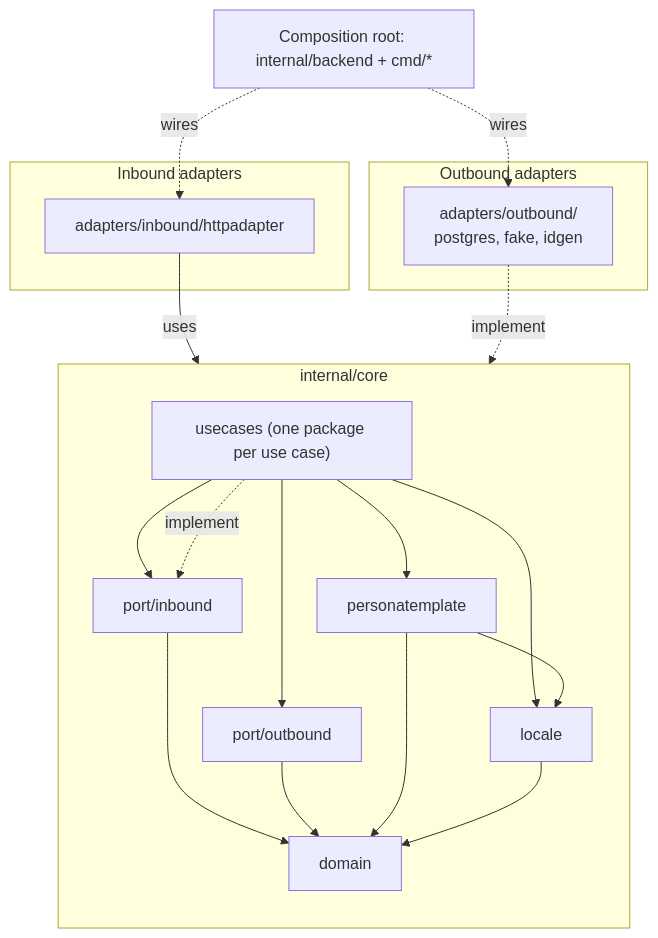
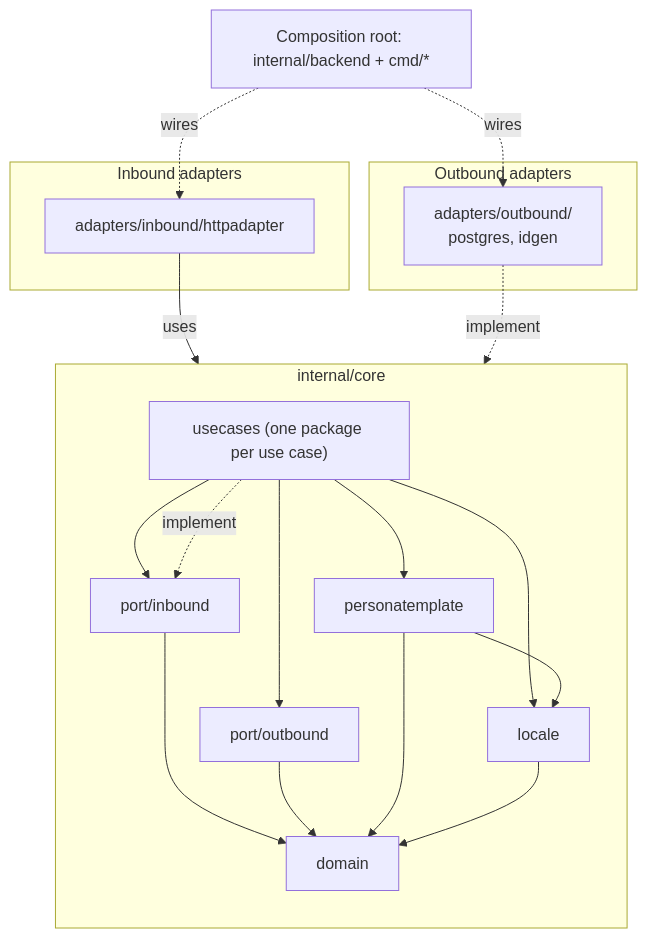
The diagram in backend/docs/ARCHITECTURE.md (TimoSto/tax-return-organizer), drawn with Mermaid before and after one commit. The commit also changed other lines of this file and 15 other files, not shown here.

First line of the commit message:
refactor: drop fake repositories in favour of stubs and Postgres tests (#89)

````diff
--- a/backend/docs/ARCHITECTURE.md
+++ b/backend/docs/ARCHITECTURE.md
@@ -9,37 +9,37 @@
 ```mermaid
 flowchart TB
     subgraph IN["Inbound adapters"]
         http["adapters/inbound/httpadapter"]
     end
 
     subgraph CORE["internal/core"]
         direction TB
         usecases["usecases (one package per use case)"]
         inbound["port/inbound"]
         outbound["port/outbound"]
         pt["personatemplate"]
         locale["locale"]
         domain["domain"]
         usecases --> inbound
         usecases --> outbound
         usecases --> pt
         usecases --> locale
         inbound --> domain
         outbound --> domain
         pt --> locale
         pt --> domain
         locale --> domain
     end
 
     subgraph OUT["Outbound adapters"]
-        out["adapters/outbound/<br/>postgres, fake, idgen"]
+        out["adapters/outbound/<br/>postgres, idgen"]
     end
 
     root["Composition root: internal/backend + cmd/*"]
 
     http -->|uses| inbound
     usecases -.->|implement| inbound
     out -.->|implement| outbound
     root -.->|wires| http
     root -.->|wires| out
 ```
````
